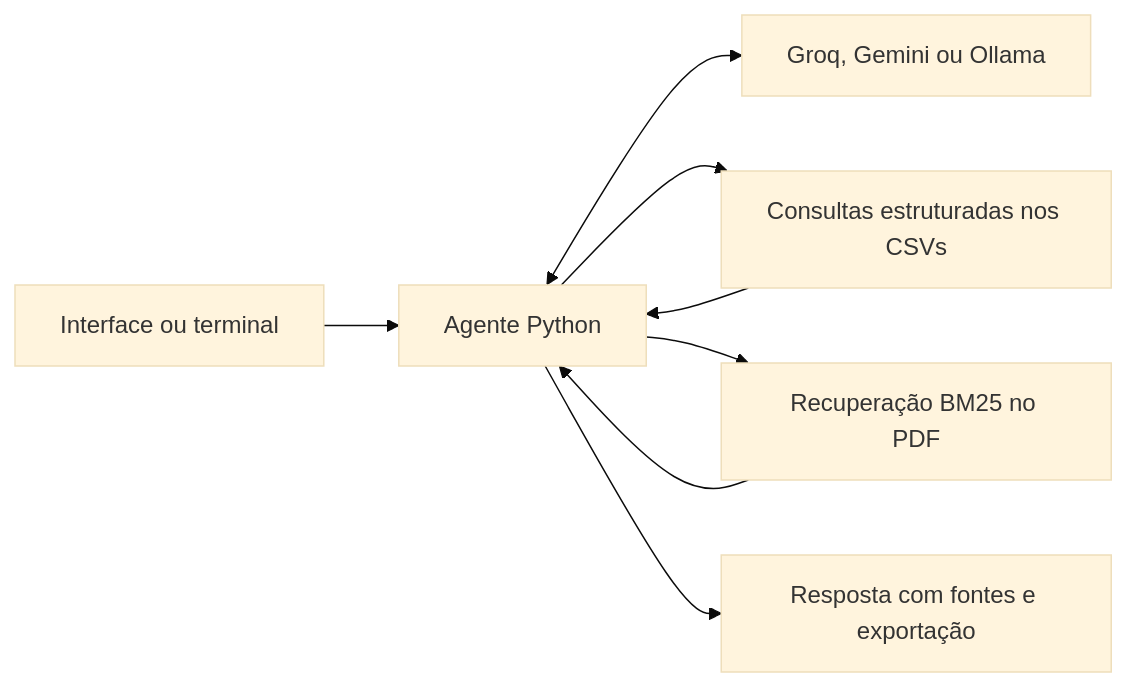
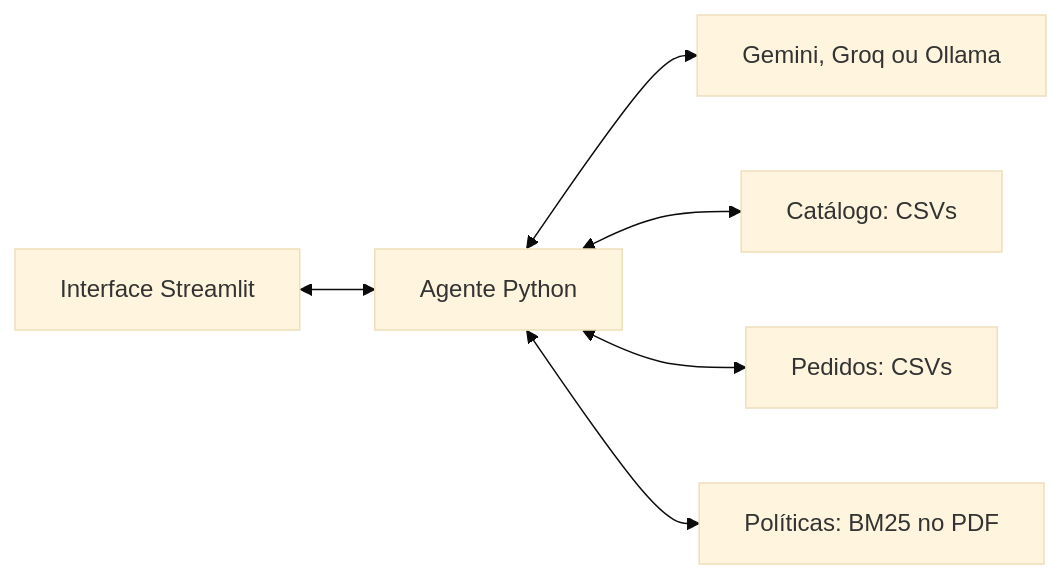
The diagram in README.md (LuccasBassani/emporio-agente), drawn with Mermaid (base theme) before and after one commit. The commit also changed other lines of this file and 22 other files, not shown here.

````diff
--- a/README.md
+++ b/README.md
@@ -36,10 +17,8 @@
 ```mermaid
 flowchart LR
-    UI[Interface ou terminal] --> AG[Agente Python]
-    AG <--> LLM[Groq, Gemini ou Ollama]
-    AG --> CAT[Consultas estruturadas nos CSVs]
-    AG --> RAG[Recuperação BM25 no PDF]
-    CAT --> AG
-    RAG --> AG
-    AG --> OUT[Resposta com fontes e exportação]
+    UI[Interface Streamlit] <--> AG[Agente Python]
+    AG <--> LLM[Gemini, Groq ou Ollama]
+    AG <--> CAT[Catálogo: CSVs]
+    AG <--> ORD[Pedidos: CSVs]
+    AG <--> RAG[Políticas: BM25 no PDF]
 ```
````
